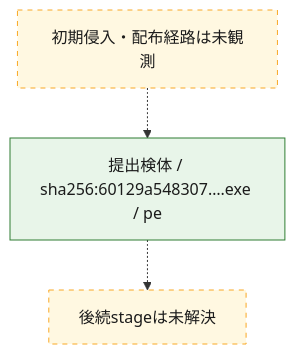
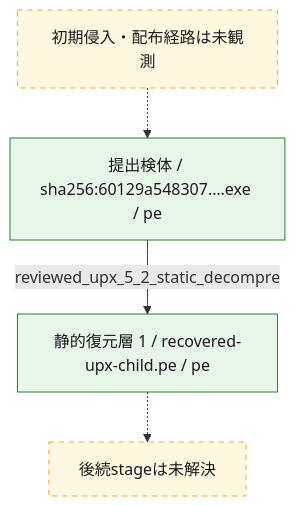
The second of 3 diagrams in analysis-results/malware/vidar/versions/unknown/cases/60129a548307204fed1f4c698e12bc17d941592d81deb163f9fa63f4c6ecb3db/OVERALL-LOGIC.md (proshiba/AI-security-analysis), drawn with Mermaid before and after one commit. The commit also changed other lines of this file and 151 other files, not shown here.

````diff
--- a/analysis-results/malware/vidar/versions/unknown/cases/60129a548307204fed1f4c698e12bc17d941592d81deb163f9fa63f4c6ecb3db/OVERALL-LOGIC.md
+++ b/analysis-results/malware/vidar/versions/unknown/cases/60129a548307204fed1f4c698e12bc17d941592d81deb163f9fa63f4c6ecb3db/OVERALL-LOGIC.md
@@ -29,13 +31,15 @@
 ```mermaid
 flowchart TD
   chain_initial["初期侵入・配布経路は未観測"]
   chain_01["提出検体 / sha256:60129a548307….exe / pe"]
+  chain_02["静的復元層 1 / recovered-upx-child.pe / pe"]
+  chain_01 -->|reviewed_upx_5_2_static_decompre| chain_02
   chain_initial -.-> chain_01
   chain_unknown["後続stageは未解決"]
-  chain_01 -.-> chain_unknown
+  chain_02 -.-> chain_unknown
   class chain_unknown unresolved
-  class chain_01 confirmed
+  class chain_01,chain_02 confirmed
   class chain_initial unresolved
   classDef confirmed fill:#e8f5e9,stroke:#2e7d32,color:#1b1b1b
   classDef unresolved fill:#fff8e1,stroke:#f9a825,color:#1b1b1b,stroke-dasharray:5 5
 ```
````
